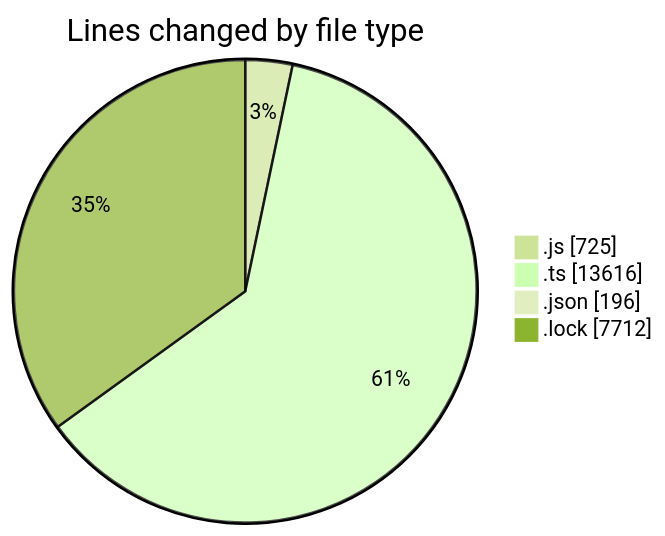
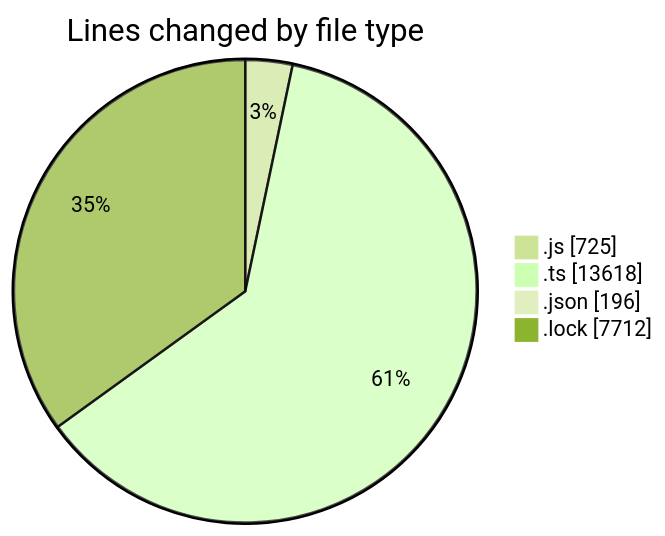
One commit to momahboobian/code-tracking changed the first of 2 diagrams in 2025-05-29/cda/README.md. Above: the diagram before and after it, drawn with Mermaid (forest theme). The commit also changed other lines of this file and 1 other file, not shown here.

````diff
--- a/2025-05-29/cda/README.md
+++ b/2025-05-29/cda/README.md
@@ -36,8 +36,8 @@
 ```mermaid
 pie showData
 title Lines changed by file type
 ".js" : 725
-".ts" : 13616
+".ts" : 13618
 ".json" : 196
 ".lock" : 7712
 ```
````
